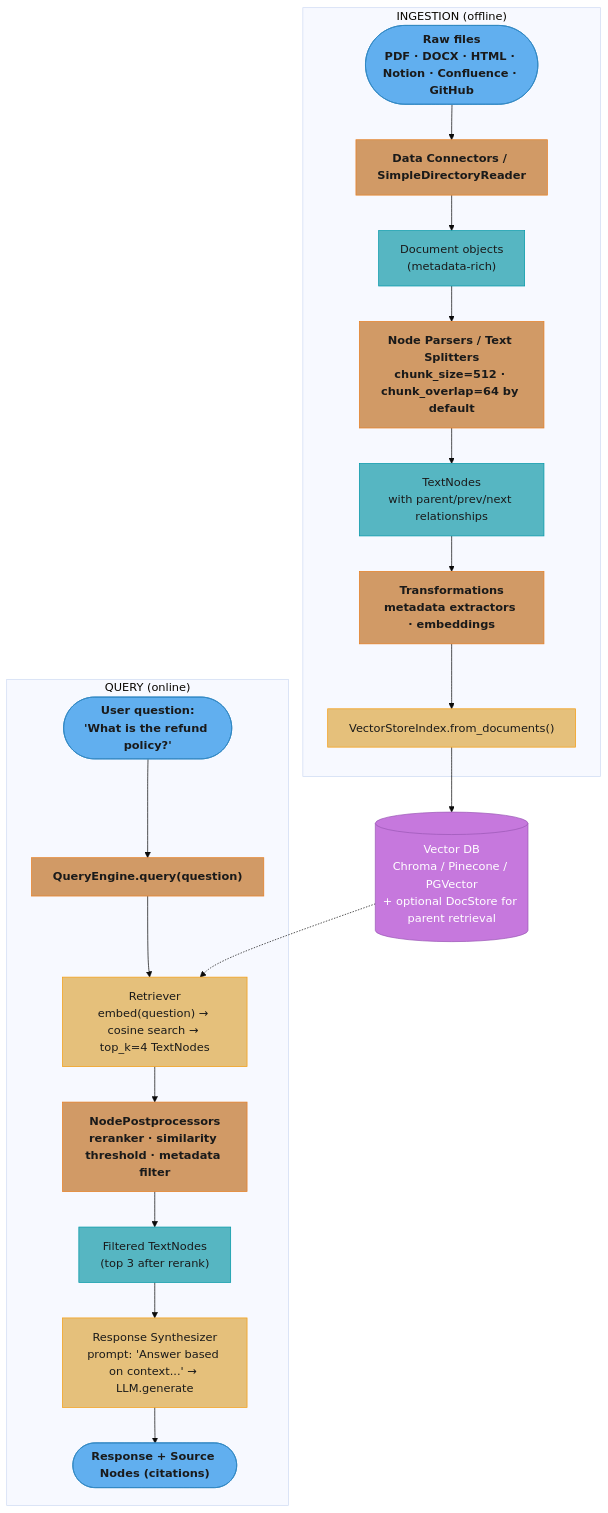
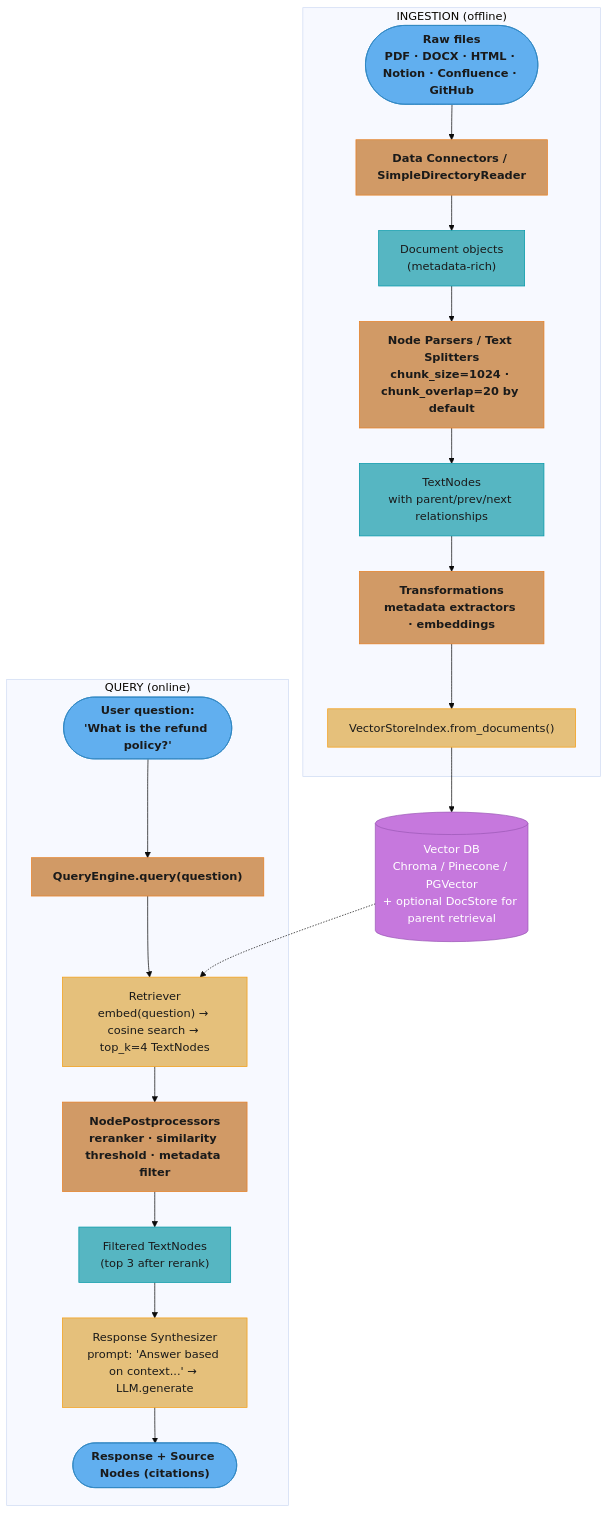
One commit to rppol/system-design changed the first of 3 diagrams in src/main/java/com/rutik/systemdesign/llm/agentic_frameworks/llamaindex.md. Above: the diagram before and after it, drawn with Mermaid (base theme). The commit also changed other lines of this file and 114 other files, not shown here.

````diff
--- a/src/main/java/com/rutik/systemdesign/llm/agentic_frameworks/llamaindex.md
+++ b/src/main/java/com/rutik/systemdesign/llm/agentic_frameworks/llamaindex.md
@@ -81,43 +84,43 @@
 ```mermaid
 flowchart TD
     classDef io      fill:#61afef,stroke:#2e86c1,color:#1a1a1a,font-weight:bold
     classDef frozen  fill:#c678dd,stroke:#9b59b6,color:#fff
     classDef train   fill:#98c379,stroke:#27ae60,color:#1a1a1a
     classDef mathOp  fill:#d19a66,stroke:#e67e22,color:#1a1a1a,font-weight:bold
     classDef lossN   fill:#e06c75,stroke:#c0392b,color:#fff,font-weight:bold
     classDef req     fill:#56b6c2,stroke:#0097a7,color:#1a1a1a
     classDef base    fill:#e5c07b,stroke:#f39c12,color:#1a1a1a
 
     subgraph ING["INGESTION (offline)"]
         RAW(["Raw files\nPDF · DOCX · HTML · Notion · Confluence · GitHub"])
         DC["Data Connectors / SimpleDirectoryReader"]
         DOCS["Document objects\n(metadata-rich)"]
-        NP["Node Parsers / Text Splitters\nchunk_size=512 · chunk_overlap=64 by default"]
+        NP["Node Parsers / Text Splitters\nchunk_size=1024 · chunk_overlap=20 by default"]
         TN["TextNodes\nwith parent/prev/next relationships"]
         TR["Transformations\nmetadata extractors · embeddings"]
         IDX["VectorStoreIndex.from_documents()"]
         RAW --> DC --> DOCS --> NP --> TN --> TR --> IDX
     end
 
     VDB[("Vector DB\nChroma / Pinecone / PGVector\n+ optional DocStore for parent retrieval")]
     IDX --> VDB
 
     subgraph QRY["QUERY (online)"]
         Q(["User question:\n'What is the refund policy?'"])
         QE["QueryEngine.query(question)"]
         RET["Retriever\nembed(question) → cosine search → top_k=4 TextNodes"]
         POST["NodePostprocessors\nreranker · similarity threshold · metadata filter"]
         FN["Filtered TextNodes\n(top 3 after rerank)"]
         SYN["Response Synthesizer\nprompt: 'Answer based on context...' → LLM.generate"]
         ANS(["Response + Source Nodes (citations)"])
         Q --> QE --> RET --> POST --> FN --> SYN --> ANS
     end
 
     VDB -.-> RET
 
     class RAW,Q,ANS io
     class DC,NP,TR,QE,POST mathOp
     class DOCS,TN,FN req
     class IDX,RET,SYN base
     class VDB frozen
 ```
````
